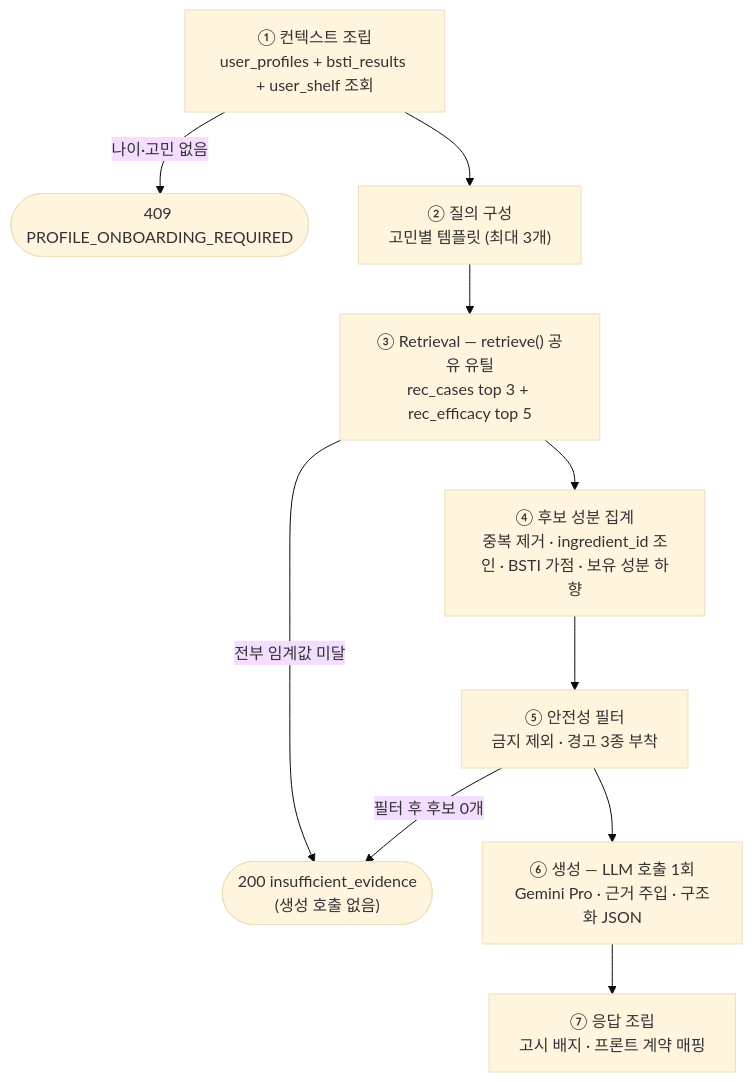
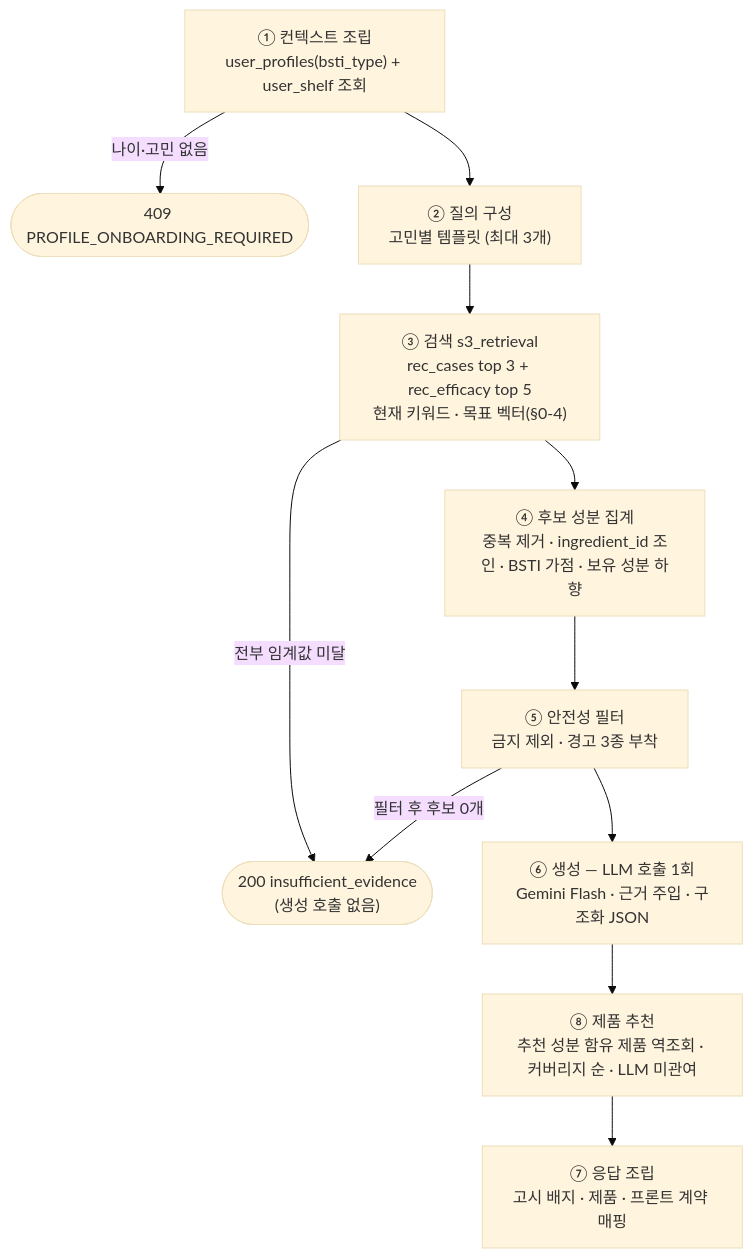
The second of 2 diagrams in docs/design/01-recommendations-pipeline.md (cosmos-incicrew/cosmos_server), drawn with Mermaid (base theme) before and after one commit. The commit also changed other lines of this file and 2 other files, not shown here.

Commit message:
docs(recommendations): update pipeline design and add vector retrieval spec

````diff
--- a/docs/design/01-recommendations-pipeline.md
+++ b/docs/design/01-recommendations-pipeline.md
@@ -119,20 +218,21 @@
 ```mermaid
 flowchart TD
-    A["① 컨텍스트 조립<br/>user_profiles + bsti_results + user_shelf 조회"]
+    A["① 컨텍스트 조립<br/>user_profiles(bsti_type) + user_shelf 조회"]
     B["② 질의 구성<br/>고민별 템플릿 (최대 3개)"]
-    C["③ Retrieval — retrieve() 공유 유틸<br/>rec_cases top 3 + rec_efficacy top 5"]
+    C["③ 검색 s3_retrieval<br/>rec_cases top 3 + rec_efficacy top 5<br/>현재 키워드 · 목표 벡터(§0-4)"]
     D["④ 후보 성분 집계<br/>중복 제거 · ingredient_id 조인 · BSTI 가점 · 보유 성분 하향"]
     E["⑤ 안전성 필터<br/>금지 제외 · 경고 3종 부착"]
-    F["⑥ 생성 — LLM 호출 1회<br/>Gemini Pro · 근거 주입 · 구조화 JSON"]
-    G["⑦ 응답 조립<br/>고시 배지 · 프론트 계약 매핑"]
+    F["⑥ 생성 — LLM 호출 1회<br/>Gemini Flash · 근거 주입 · 구조화 JSON"]
+    P["⑧ 제품 추천<br/>추천 성분 함유 제품 역조회 · 커버리지 순 · LLM 미관여"]
+    G["⑦ 응답 조립<br/>고시 배지 · 제품 · 프론트 계약 매핑"]
 
     ONB(["409 PROFILE_ONBOARDING_REQUIRED"])
     INS(["200 insufficient_evidence<br/>(생성 호출 없음)"])
 
     A -- "나이·고민 없음" --> ONB
     A --> B --> C
     C -- "전부 임계값 미달" --> INS
     C --> D --> E
     E -- "필터 후 후보 0개" --> INS
-    E --> F --> G
+    E --> F --> P --> G
 ```
````
